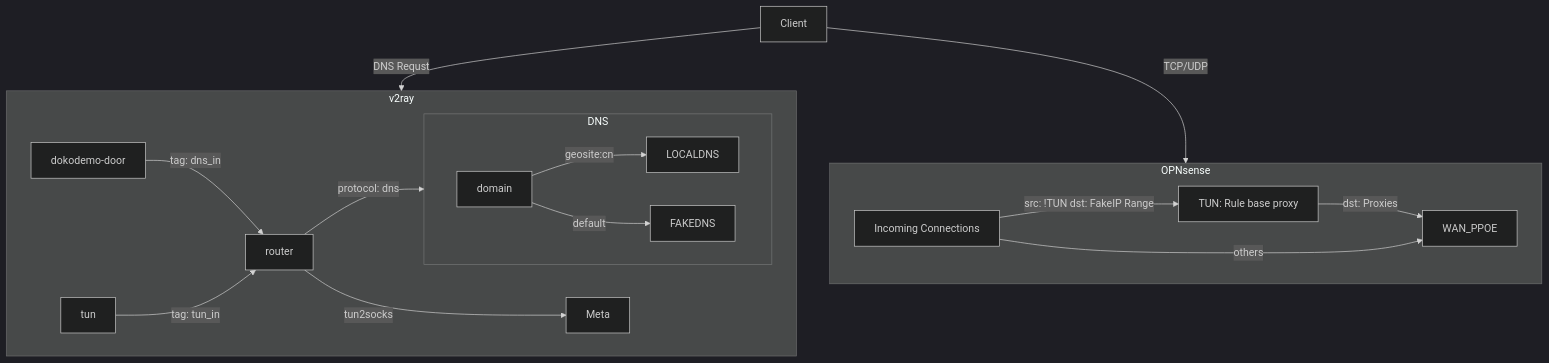
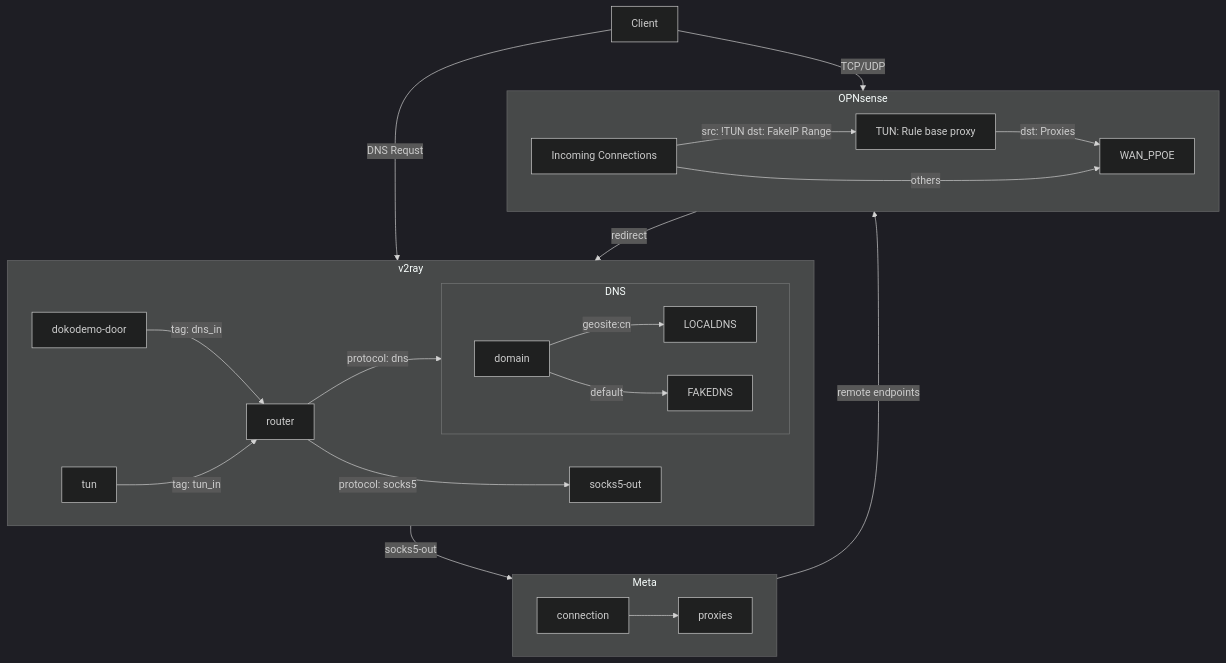
The diagram in diagram.mermaid (Quart233/gateway), drawn with Mermaid (dark theme) before and after one commit.

Commit message:
feat(mermaid): Update tun2socks example

```diff
--- a/diagram.mermaid
+++ b/diagram.mermaid
@@ -1,20 +1,28 @@
 flowchart TD
 
     Client -->|DNS Requst| v2ray
 
     subgraph v2ray
         dokodemo-door --> |tag: dns_in| router -->|protocol: dns| DNS[DNS CacheDisabled]
-        tun --> |tag: tun_in| router -->|tun2socks| Meta
+        tun --> |tag: tun_in| router -->|protocol: socks5| socks5-out
     end
+
+    subgraph Meta
+        connection --> proxies
+    end
+
+    v2ray -->|socks5-out| Meta -->|remote endpoints| Gateway
 
     subgraph DNS
         domain -->|geosite:cn| LOCALDNS
         domain -->|default| FAKEDNS
     end
 
     Client -->|TCP/UDP| Gateway
 
     subgraph Gateway[OPNsense]
         LAN[Incoming Connections] --> |src: !TUN dst: FakeIP Range| TUN[TUN: Rule base proxy] -->|dst: Proxies| WAN_PPOE
         LAN --> |others|WAN_PPOE
     end
+
+    Gateway -->|redirect| v2ray
```
